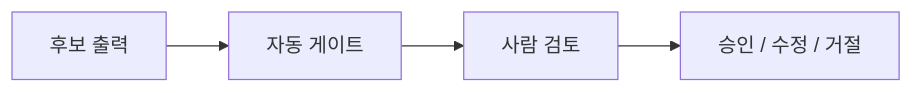
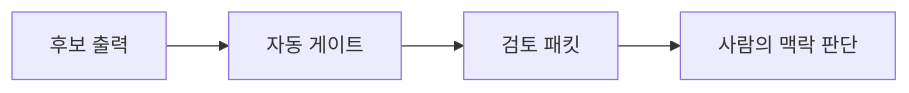
The diagram in docs/assets/part-06/chapter-16/p6-c16-s02-auto-human-routing-ko.mmd (devchan64/AiBook), drawn with Mermaid before and after one commit. The commit also changed 43 other files, not shown here.

```diff
--- a/docs/assets/part-06/chapter-16/p6-c16-s02-auto-human-routing-ko.mmd
+++ b/docs/assets/part-06/chapter-16/p6-c16-s02-auto-human-routing-ko.mmd
@@ -1,9 +1,9 @@
 flowchart LR
   A["후보 출력"]
   B["자동 게이트"]
-  C["사람 검토"]
-  D["승인 / 수정 / 거절"]
+  C["검토 패킷"]
+  D["사람의 맥락 판단"]
 
   A --> B
   B --> C
   C --> D
```
